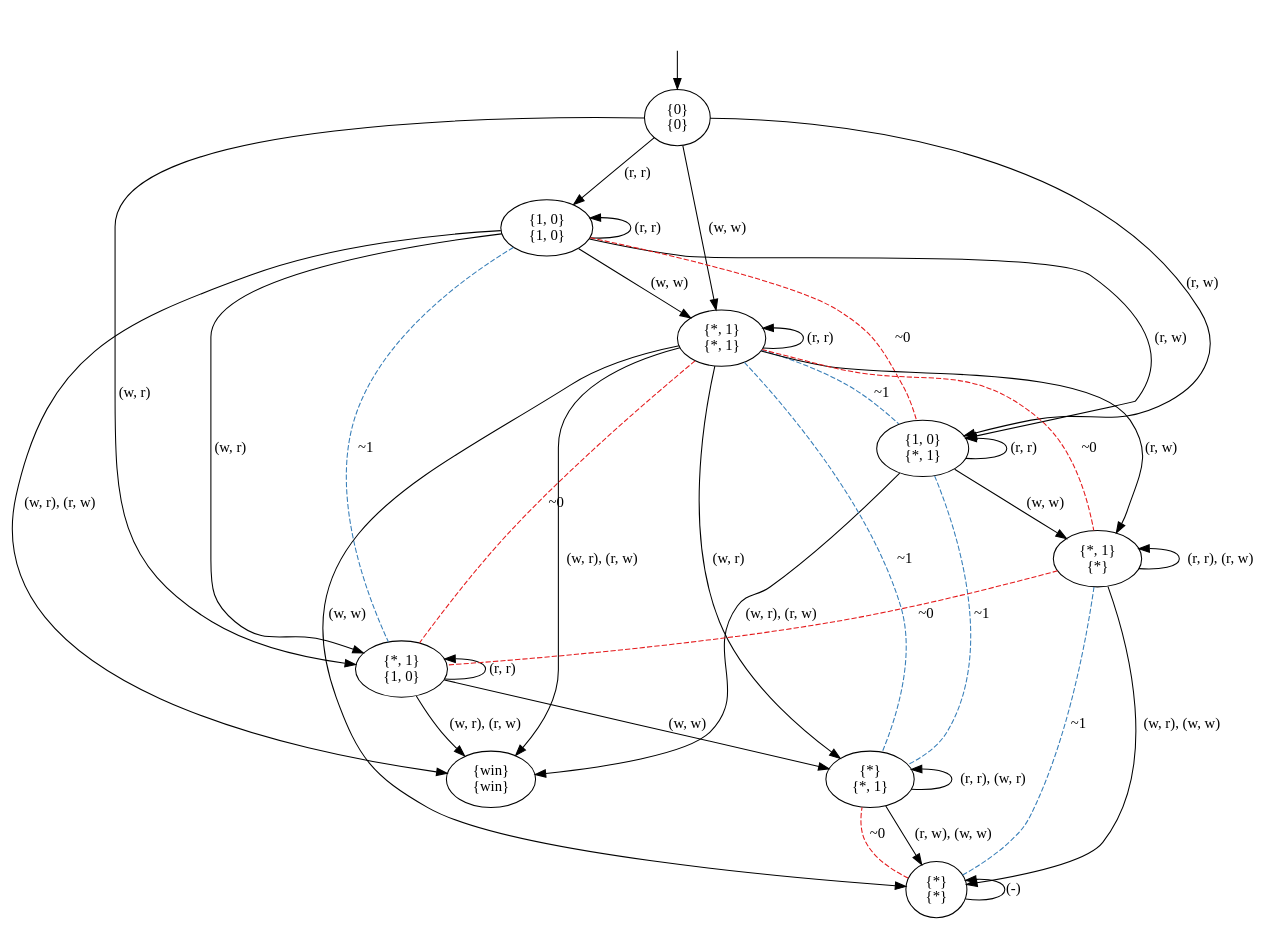
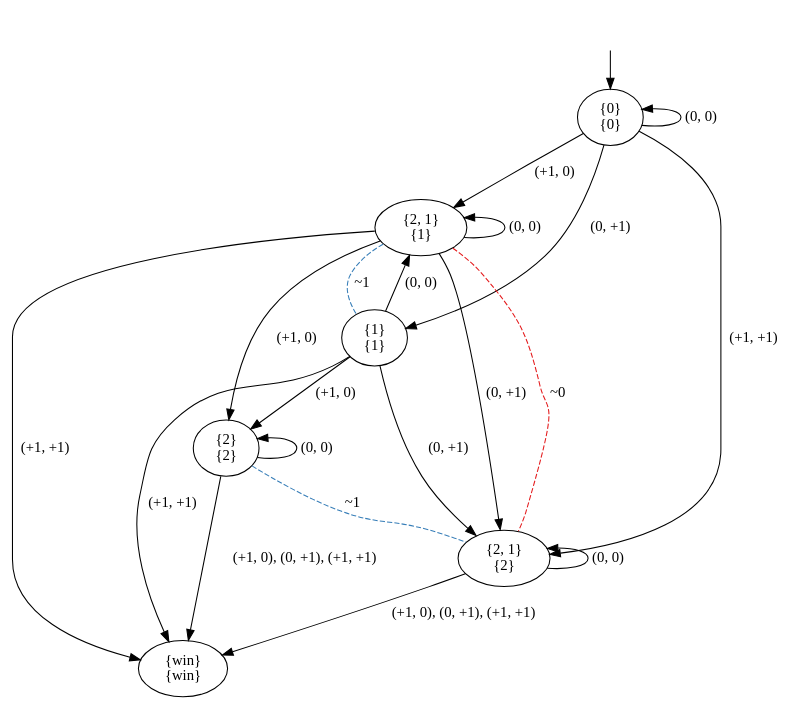
Before and after one commit to olandr/mkbsc: the diagram in pictures/GK.dot, drawn with Graphviz. The commit also changed 6 other files, not shown here.

```diff
--- a/pictures/GK.dot
+++ b/pictures/GK.dot
@@ -1,52 +1,33 @@
 digraph  {
 concentrate=False;
 nodesep=0.5;
 ranksep=0.5;
 splines=True;
-4577094848 [label="{0}\n{0}"];
-4577095296 [label="{1, 0}\n{1, 0}"];
-4577095128 [label="{*, 1}\n{1, 0}"];
-4577095240 [label="{1, 0}\n{*, 1}"];
-4577094792 [label="{*, 1}\n{*, 1}"];
-4577095352 [label="{win}\n{win}"];
-4577026792 [label="{*}\n{*, 1}"];
-4577027072 [label="{*, 1}\n{*}"];
-4577027464 [label="{*}\n{*}"];
+4477224832 [label="{0}\n{0}"];
+4477206144 [label="{2, 1}\n{1}"];
+4477133208 [label="{1}\n{1}"];
+4477133152 [label="{2, 1}\n{2}"];
+4477132872 [label="{2}\n{2}"];
+4477123104 [label="{win}\n{win}"];
 hidden [label="", shape=none];
-4577094848 -> 4577095296  [action="('r', 'r')", key="('r', 'r')", label="(r, r)"];
-4577094848 -> 4577095128  [action="('w', 'r')", key="('w', 'r')", label="(w, r)"];
-4577094848 -> 4577095240  [action="('r', 'w')", key="('r', 'w')", label="(r, w)"];
-4577094848 -> 4577094792  [action="('w', 'w')", key="('w', 'w')", label="(w, w)"];
-4577095296 -> 4577095296  [action="('r', 'r')", dir=back, key="('r', 'r')", label="(r, r)"];
-4577095296 -> 4577095128  [action="('w', 'r')", key="('w', 'r')", label="(w, r)"];
-4577095296 -> 4577095128  [arrowhead=none, color=2, colorscheme=set19, constraint=True, key=1, label="~1", style=dashed];
-4577095296 -> 4577095240  [action="('r', 'w')", key="('r', 'w')", label="(r, w)"];
-4577095296 -> 4577095240  [arrowhead=none, color=1, colorscheme=set19, constraint=True, key=1, label="~0", style=dashed];
-4577095296 -> 4577094792  [action="('w', 'w')", key="('w', 'w')", label="(w, w)"];
-4577095296 -> 4577095352  [action="(('w', 'r'), ('r', 'w'))", key="(('w', 'r'), ('r', 'w'))", label="(w, r), (r, w)"];
-4577095128 -> 4577095128  [action="('r', 'r')", dir=back, key="('r', 'r')", label="(r, r)"];
-4577095128 -> 4577026792  [action="('w', 'w')", key="('w', 'w')", label="(w, w)"];
-4577095128 -> 4577095352  [action="(('w', 'r'), ('r', 'w'))", key="(('w', 'r'), ('r', 'w'))", label="(w, r), (r, w)"];
-4577095240 -> 4577095240  [action="('r', 'r')", dir=back, key="('r', 'r')", label="(r, r)"];
-4577095240 -> 4577027072  [action="('w', 'w')", key="('w', 'w')", label="(w, w)"];
-4577095240 -> 4577095352  [action="(('w', 'r'), ('r', 'w'))", key="(('w', 'r'), ('r', 'w'))", label="(w, r), (r, w)"];
-4577095240 -> 4577026792  [arrowhead=none, color=2, colorscheme=set19, constraint=True, key=0, label="~1", style=dashed];
-4577094792 -> 4577094792  [action="('r', 'r')", dir=back, key="('r', 'r')", label="(r, r)"];
-4577094792 -> 4577026792  [action="('w', 'r')", key="('w', 'r')", label="(w, r)"];
-4577094792 -> 4577026792  [arrowhead=none, color=2, colorscheme=set19, constraint=True, key=1, label="~1", style=dashed];
-4577094792 -> 4577027072  [action="('r', 'w')", key="('r', 'w')", label="(r, w)"];
-4577094792 -> 4577027072  [arrowhead=none, color=1, colorscheme=set19, constraint=True, key=1, label="~0", style=dashed];
-4577094792 -> 4577027464  [action="('w', 'w')", key="('w', 'w')", label="(w, w)"];
-4577094792 -> 4577095352  [action="(('w', 'r'), ('r', 'w'))", key="(('w', 'r'), ('r', 'w'))", label="(w, r), (r, w)"];
-4577094792 -> 4577095128  [arrowhead=none, color=1, colorscheme=set19, constraint=True, key=0, label="~0", style=dashed];
-4577094792 -> 4577095240  [arrowhead=none, color=2, colorscheme=set19, constraint=True, key=0, label="~1", style=dashed];
-4577026792 -> 4577026792  [action="(('r', 'r'), ('w', 'r'))", dir=back, key="(('r', 'r'), ('w', 'r'))", label="(r, r), (w, r)"];
-4577026792 -> 4577027464  [action="(('r', 'w'), ('w', 'w'))", key="(('r', 'w'), ('w', 'w'))", label="(r, w), (w, w)"];
-4577027072 -> 4577027072  [action="(('r', 'r'), ('r', 'w'))", dir=back, key="(('r', 'r'), ('r', 'w'))", label="(r, r), (r, w)"];
-4577027072 -> 4577027464  [action="(('w', 'r'), ('w', 'w'))", key="(('w', 'r'), ('w', 'w'))", label="(w, r), (w, w)"];
-4577027072 -> 4577027464  [arrowhead=none, color=2, colorscheme=set19, constraint=True, key=1, label="~1", style=dashed];
-4577027072 -> 4577095128  [arrowhead=none, color=1, colorscheme=set19, constraint=True, key=0, label="~0", style=dashed];
-4577027464 -> 4577027464  [action="(('r', 'r'), ('w', 'r'), ('r', 'w'), ('w', 'w'))", dir=back, key="(('r', 'r'), ('w', 'r'), ('r', 'w'), ('w', 'w'))", label="(-)"];
-4577027464 -> 4577026792  [arrowhead=none, color=1, colorscheme=set19, constraint=True, key=0, label="~0", style=dashed];
-hidden -> 4577094848  [key=0];
+4477224832 -> 4477224832  [action="('0', '0')", dir=back, key="('0', '0')", label="(0, 0)"];
+4477224832 -> 4477206144  [action="('+1', '0')", key="('+1', '0')", label="(+1, 0)"];
+4477224832 -> 4477133208  [action="('0', '+1')", key="('0', '+1')", label="(0, +1)"];
+4477224832 -> 4477133152  [action="('+1', '+1')", key="('+1', '+1')", label="(+1, +1)"];
+4477206144 -> 4477206144  [action="('0', '0')", dir=back, key="('0', '0')", label="(0, 0)"];
+4477206144 -> 4477132872  [action="('+1', '0')", key="('+1', '0')", label="(+1, 0)"];
+4477206144 -> 4477133152  [action="('0', '+1')", key="('0', '+1')", label="(0, +1)"];
+4477206144 -> 4477133152  [arrowhead=none, color=1, colorscheme=set19, constraint=True, key=1, label="~0", style=dashed];
+4477206144 -> 4477123104  [action="('+1', '+1')", key="('+1', '+1')", label="(+1, +1)"];
+4477206144 -> 4477133208  [arrowhead=none, color=2, colorscheme=set19, constraint=True, key=0, label="~1", style=dashed];
+4477133208 -> 4477206144  [action="('0', '0')", key="('0', '0')", label="(0, 0)"];
+4477133208 -> 4477132872  [action="('+1', '0')", key="('+1', '0')", label="(+1, 0)"];
+4477133208 -> 4477133152  [action="('0', '+1')", key="('0', '+1')", label="(0, +1)"];
+4477133208 -> 4477123104  [action="('+1', '+1')", key="('+1', '+1')", label="(+1, +1)"];
+4477133152 -> 4477133152  [action="('0', '0')", dir=back, key="('0', '0')", label="(0, 0)"];
+4477133152 -> 4477123104  [action="(('+1', '0'), ('0', '+1'), ('+1', '+1'))", key="(('+1', '0'), ('0', '+1'), ('+1', '+1'))", label="(+1, 0), (0, +1), (+1, +1)"];
+4477132872 -> 4477132872  [action="('0', '0')", dir=back, key="('0', '0')", label="(0, 0)"];
+4477132872 -> 4477123104  [action="(('+1', '0'), ('0', '+1'), ('+1', '+1'))", key="(('+1', '0'), ('0', '+1'), ('+1', '+1'))", label="(+1, 0), (0, +1), (+1, +1)"];
+4477132872 -> 4477133152  [arrowhead=none, color=2, colorscheme=set19, constraint=True, key=0, label="~1", style=dashed];
+hidden -> 4477224832  [key=0];
 }
```
